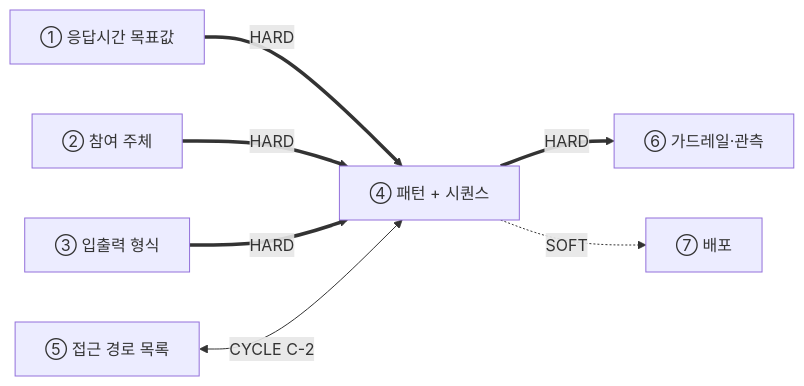
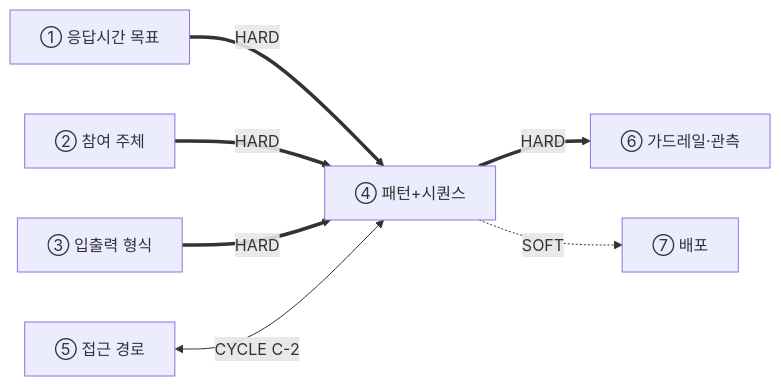
The first of 3 diagrams in guides/04-패턴시퀀스설계-가이드.md (unicorn-campus/design-agentic-ai), drawn with Mermaid before and after one commit. The commit also changed other lines of this file and 19 other files, not shown here.

````diff
--- a/guides/04-패턴시퀀스설계-가이드.md
+++ b/guides/04-패턴시퀀스설계-가이드.md
@@ -17,9 +17,9 @@
 ```mermaid
 graph LR
-  A["① 응답시간 목표값"] ==>|HARD| D
+  A["① 응답시간 목표"] ==>|HARD| D
   B["② 참여 주체"] ==>|HARD| D
   C["③ 입출력 형식"] ==>|HARD| D
-  E["⑤ 접근 경로 목록"] <-->|CYCLE C-2| D
-  D["④ 패턴 + 시퀀스"] ==>|HARD| F["⑥ 가드레일·관측"]
+  E["⑤ 접근 경로"] <-->|CYCLE C-2| D
+  D["④ 패턴+시퀀스"] ==>|HARD| F["⑥ 가드레일·관측"]
   D -.SOFT.-> G["⑦ 배포"]
 ```
````
